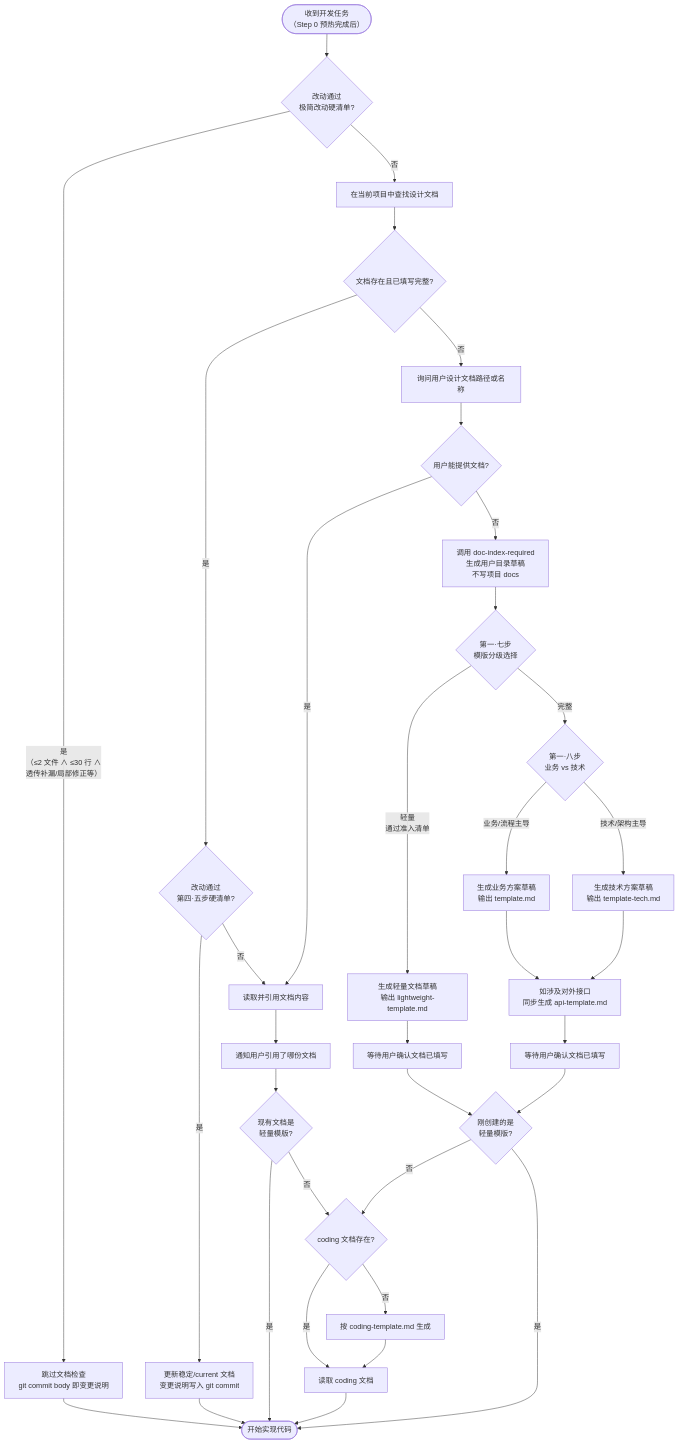
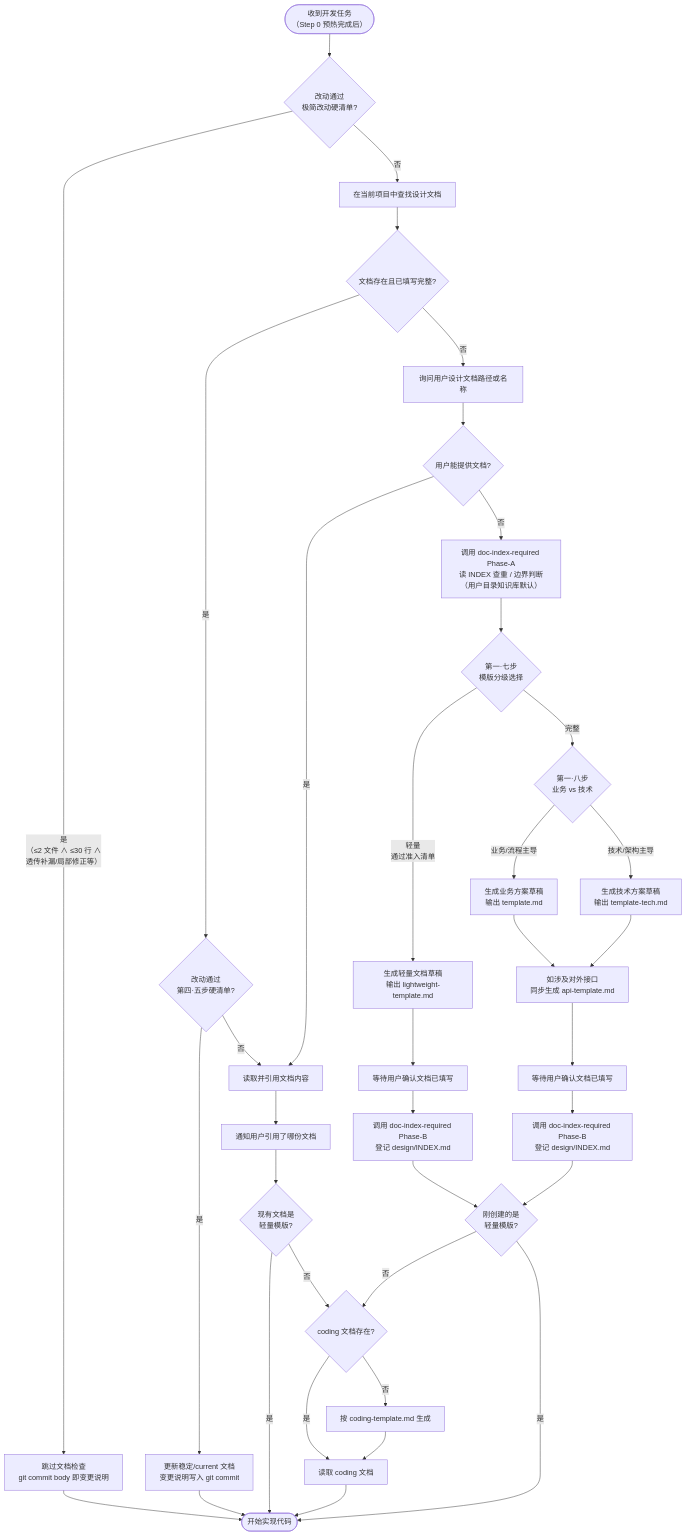
The second of 2 diagrams in skills/design-doc-required/SKILL.md (exception-coder/team-standards), drawn with Mermaid before and after one commit. The commit also changed other lines of this file and 9 other files, not shown here.

````diff
--- a/skills/design-doc-required/SKILL.md
+++ b/skills/design-doc-required/SKILL.md
@@ -64,37 +64,39 @@
 ```mermaid
 flowchart TD
     A(["收到开发任务\n（Step 0 预热完成后）"]) --> TRIVIAL{"改动通过\n极简改动硬清单?"}
     TRIVIAL -->|"是\n（≤2 文件 ∧ ≤30 行 ∧\n透传补漏/局部修正等）"| TRIVIAL_SKIP["跳过文档检查\ngit commit body 即变更说明"]
     TRIVIAL_SKIP --> Z(["开始实现代码"])
     TRIVIAL -->|"否"| B["在当前项目中查找设计文档"]
     B --> C{"文档存在且已填写完整?"}
     C -->|"是"| LIGHT{"改动通过\n第四·五步硬清单?"}
     LIGHT -->|"是"| LIGHT_LOG["更新稳定/current 文档\n变更说明写入 git commit"]
     LIGHT_LOG --> Z(["开始实现代码"])
     LIGHT -->|"否"| D["读取并引用文档内容"]
     D --> E["通知用户引用了哪份文档"]
     E --> CODING_BR{"现有文档是\n轻量模版?"}
     CODING_BR -->|"是"| Z
     CODING_BR -->|"否"| CODING{"coding 文档存在?"}
     CODING -->|"是"| CODING_READ["读取 coding 文档"]
     CODING -->|"否"| CODING_GEN["按 coding-template.md 生成"]
     CODING_GEN --> CODING_READ
     CODING_READ --> Z
     C -->|"否"| F["询问用户设计文档路径或名称"]
     F --> G{"用户能提供文档?"}
     G -->|"是"| D
-    G -->|"否"| USER_DOC["调用 doc-index-required\n生成用户目录草稿\n不写项目 docs"]
-    USER_DOC --> WEIGHT{"第一·七步\n模版分级选择"}
+    G -->|"否"| PHASE_A["调用 doc-index-required Phase-A\n读 INDEX 查重 / 边界判断\n（用户目录知识库默认）"]
+    PHASE_A --> WEIGHT{"第一·七步\n模版分级选择"}
     WEIGHT -->|"轻量\n通过准入清单"| H_LIGHT["生成轻量文档草稿\n输出 lightweight-template.md"]
     WEIGHT -->|"完整"| TYPE{"第一·八步\n业务 vs 技术"}
     TYPE -->|"业务/流程主导"| H_BIZ["生成业务方案草稿\n输出 template.md"]
     TYPE -->|"技术/架构主导"| H_TECH["生成技术方案草稿\n输出 template-tech.md"]
     H_BIZ --> API_DOC["如涉及对外接口\n同步生成 api-template.md"]
     H_TECH --> API_DOC
     H_LIGHT --> J_LIGHT["等待用户确认文档已填写"]
     API_DOC --> J_HEAVY["等待用户确认文档已填写"]
-    J_LIGHT --> POST_WEIGHT{"刚创建的是\n轻量模版?"}
-    J_HEAVY --> POST_WEIGHT
+    J_LIGHT --> PHASE_B_L["调用 doc-index-required Phase-B\n登记 design/INDEX.md"]
+    J_HEAVY --> PHASE_B_H["调用 doc-index-required Phase-B\n登记 design/INDEX.md"]
+    PHASE_B_L --> POST_WEIGHT{"刚创建的是\n轻量模版?"}
+    PHASE_B_H --> POST_WEIGHT
     POST_WEIGHT -->|"是"| Z
     POST_WEIGHT -->|"否"| CODING
 ```
````
